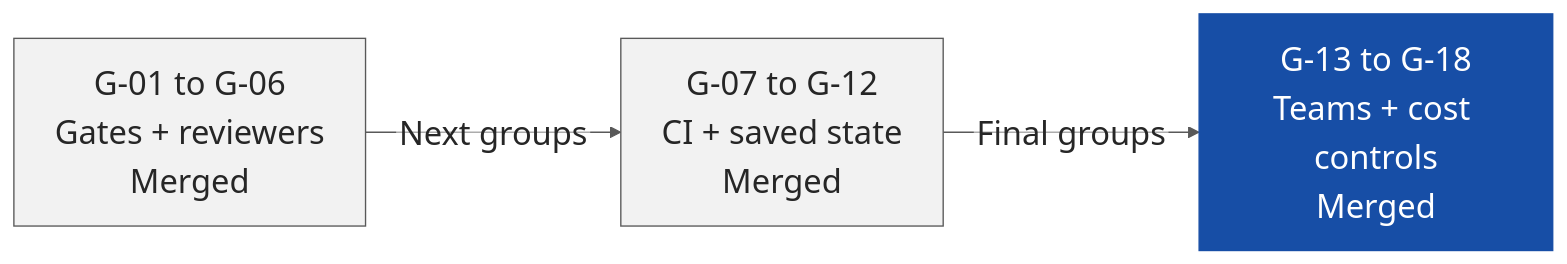
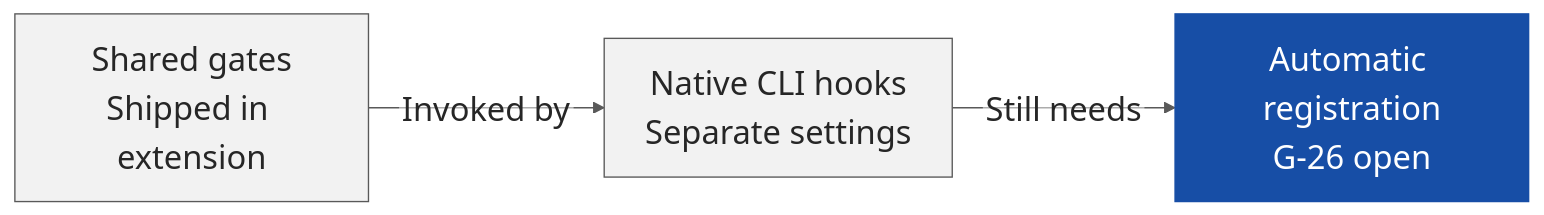
The diagram in presentation/marp-deck/roadmap.mmd (DonalMoloney/super-spec-new), drawn with Mermaid before and after one commit. The commit also changed 13 other files, not shown here.

```diff
--- a/presentation/marp-deck/roadmap.mmd
+++ b/presentation/marp-deck/roadmap.mmd
@@ -1,12 +1,9 @@
 %%{init: {"theme": "base", "themeVariables": {"fontFamily": "Arial", "fontSize": "24px", "primaryColor": "#f2f2f2", "primaryTextColor": "#262626", "primaryBorderColor": "#595959", "lineColor": "#595959", "edgeLabelBackground": "#ffffff"}, "flowchart": {"htmlLabels": false, "curve": "linear", "nodeSpacing": 30, "rankSpacing": 45}, "themeCSS": ".edgeLabel .background { fill: #ffffff !important; fill-opacity: 1 !important; opacity: 1 !important; }"}}%%
 flowchart LR
-  A["G-01 to G-06
-Gates + reviewers
-Merged"] -->|Next groups| B["G-07 to G-12
-CI + saved state
-Merged"]
-  B -->|Final groups| C["G-13 to G-18
-Teams + cost controls
-Merged"]
+  A["Shared gates
+Shipped in extension"] -->|Invoked by| B["Native CLI hooks
+Separate settings"]
+  B -->|Still needs| C["Automatic registration
+G-26 open"]
   class C focus
   classDef focus fill:#174ea6,color:#ffffff,stroke:#174ea6
```
